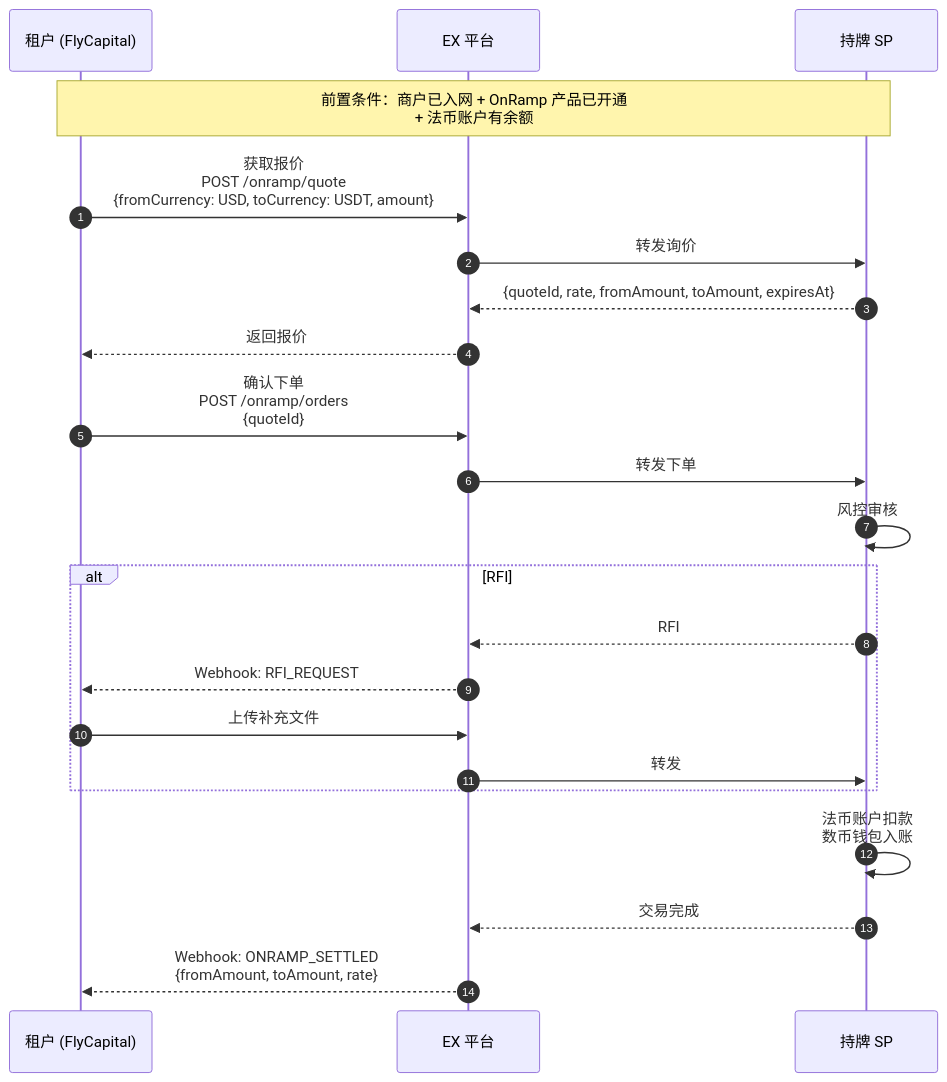
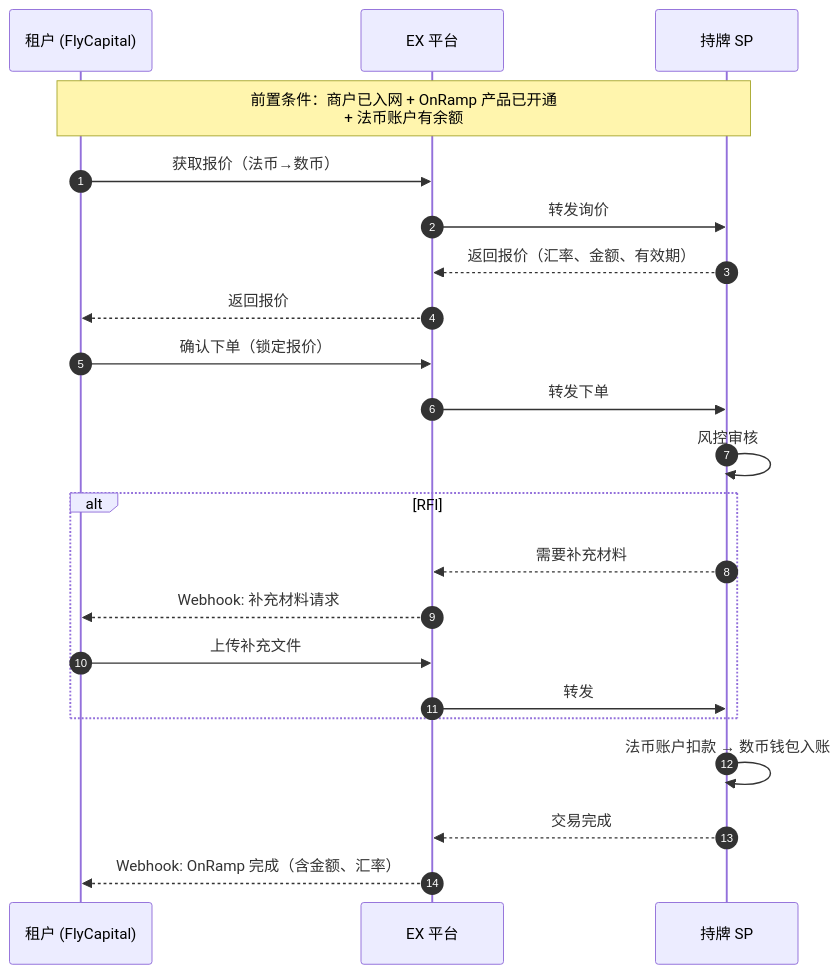
One commit to xiaoxiaoangie/EX-NEW changed the fifth of 9 diagrams in Solutions/solutions/API-SOLUTION/ex-API-onofframp-solution.md. Above: the diagram before and after it, drawn with Mermaid. The commit also changed other lines of this file and 18 other files, not shown here.

````diff
--- a/Solutions/solutions/API-SOLUTION/ex-API-onofframp-solution.md
+++ b/Solutions/solutions/API-SOLUTION/ex-API-onofframp-solution.md
@@ -237,27 +244,27 @@
 ```mermaid
 sequenceDiagram
     autonumber
     participant T as 租户 (FlyCapital)
     participant EX as EX 平台
     participant SP as 持牌 SP
 
     Note over T,SP: 前置条件：商户已入网 + OnRamp 产品已开通<br/>+ 法币账户有余额
 
-    T->>EX: 获取报价<br/>POST /onramp/quote<br/>{fromCurrency: USD, toCurrency: USDT, amount}
+    T->>EX: 获取报价（法币→数币）
     EX->>SP: 转发询价
-    SP-->>EX: {quoteId, rate, fromAmount, toAmount, expiresAt}
+    SP-->>EX: 返回报价（汇率、金额、有效期）
     EX-->>T: 返回报价
 
-    T->>EX: 确认下单<br/>POST /onramp/orders<br/>{quoteId}
+    T->>EX: 确认下单（锁定报价）
     EX->>SP: 转发下单
     SP->>SP: 风控审核
     alt RFI
-        SP-->>EX: RFI
-        EX-->>T: Webhook: RFI_REQUEST
+        SP-->>EX: 需要补充材料
+        EX-->>T: Webhook: 补充材料请求
         T->>EX: 上传补充文件
         EX->>SP: 转发
     end
-    SP->>SP: 法币账户扣款<br/>数币钱包入账
+    SP->>SP: 法币账户扣款 → 数币钱包入账
     SP-->>EX: 交易完成
-    EX-->>T: Webhook: ONRAMP_SETTLED<br/>{fromAmount, toAmount, rate}
+    EX-->>T: Webhook: OnRamp 完成（含金额、汇率）
 ```
````
